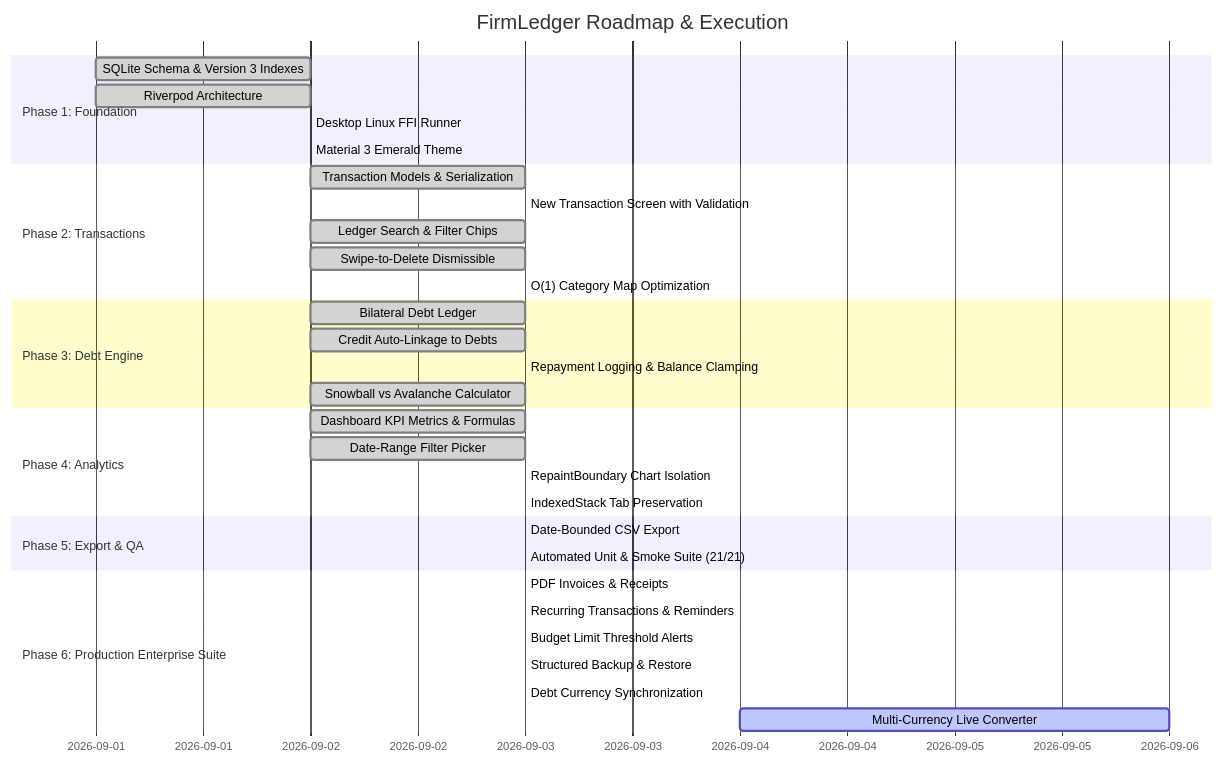
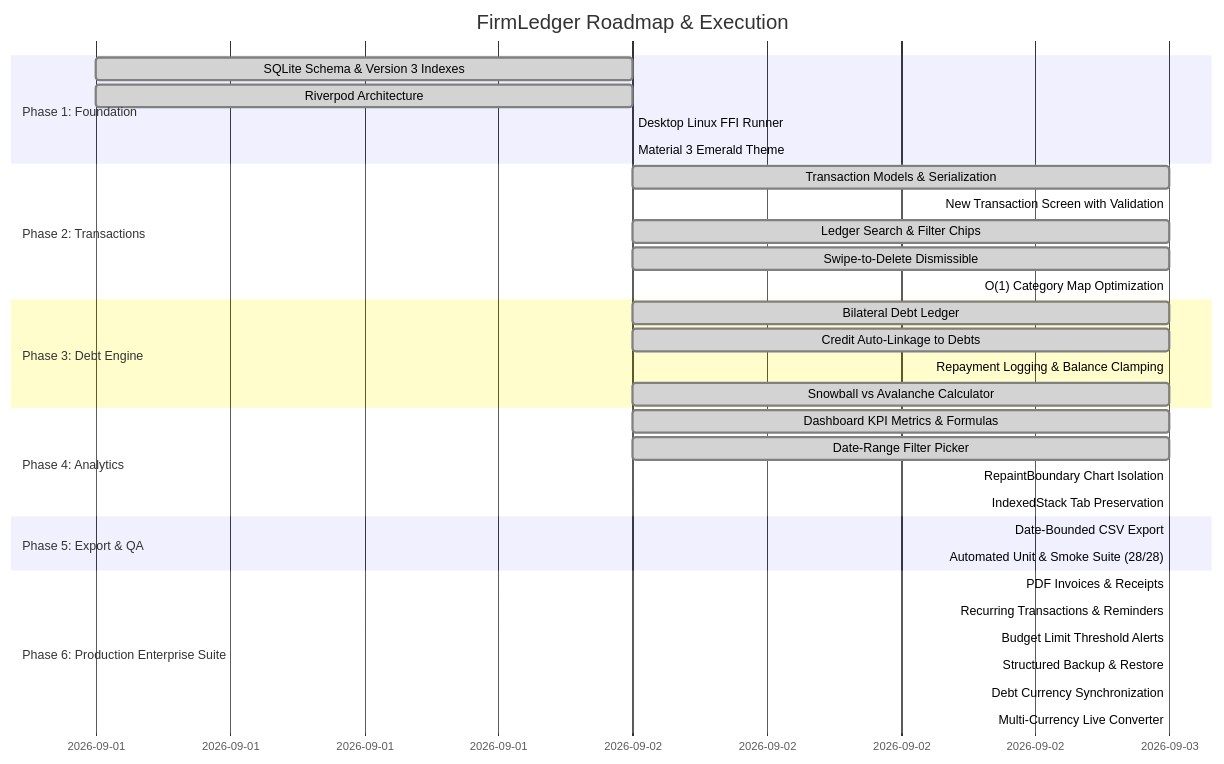
The diagram in .specify/tasks.md (wilamtoner/FirmLeager), drawn with Mermaid before and after one commit. The commit also changed other lines of this file and 7 other files, not shown here.

Commit message:
feat(currency): implement TASK-605 Real-Time Multi-Currency Live Converter with open.er-api.com live rates, offline fallback, and modal UI

````diff
--- a/.specify/tasks.md
+++ b/.specify/tasks.md
@@ -11,36 +11,36 @@
 ```mermaid
 gantt
     title FirmLedger Roadmap & Execution
     dateFormat  YYYY-MM-DD
     section Phase 1: Foundation
     SQLite Schema & Version 3 Indexes       :done, p1_1, 2026-09-01, 2026-09-02
     Riverpod Architecture                   :done, p1_2, 2026-09-01, 2026-09-02
     Desktop Linux FFI Runner                :done, p1_3, 2026-09-02, 2026-09-02
     Material 3 Emerald Theme                :done, p1_4, 2026-09-02, 2026-09-02
     section Phase 2: Transactions
     Transaction Models & Serialization      :done, p2_1, 2026-09-02, 2026-09-03
     New Transaction Screen with Validation  :done, p2_2, 2026-09-03, 2026-09-03
     Ledger Search & Filter Chips            :done, p2_3, 2026-09-02, 2026-09-03
     Swipe-to-Delete Dismissible             :done, p2_4, 2026-09-02, 2026-09-03
     O(1) Category Map Optimization          :done, p2_5, 2026-09-03, 2026-09-03
     section Phase 3: Debt Engine
     Bilateral Debt Ledger                   :done, p3_1, 2026-09-02, 2026-09-03
     Credit Auto-Linkage to Debts            :done, p3_2, 2026-09-02, 2026-09-03
     Repayment Logging & Balance Clamping    :done, p3_3, 2026-09-03, 2026-09-03
     Snowball vs Avalanche Calculator        :done, p3_4, 2026-09-02, 2026-09-03
     section Phase 4: Analytics
     Dashboard KPI Metrics & Formulas        :done, p4_1, 2026-09-02, 2026-09-03
     Date-Range Filter Picker                :done, p4_2, 2026-09-02, 2026-09-03
     RepaintBoundary Chart Isolation         :done, p4_3, 2026-09-03, 2026-09-03
     IndexedStack Tab Preservation           :done, p4_4, 2026-09-03, 2026-09-03
     section Phase 5: Export & QA
     Date-Bounded CSV Export                 :done, p5_1, 2026-09-03, 2026-09-03
-    Automated Unit & Smoke Suite (21/21)    :done, p5_2, 2026-09-03, 2026-09-03
+    Automated Unit & Smoke Suite (28/28)    :done, p5_2, 2026-09-03, 2026-09-03
     section Phase 6: Production Enterprise Suite
     PDF Invoices & Receipts                 :done, p6_1, 2026-09-03, 2026-09-03
     Recurring Transactions & Reminders      :done, p6_2, 2026-09-03, 2026-09-03
     Budget Limit Threshold Alerts           :done, p6_3, 2026-09-03, 2026-09-03
     Structured Backup & Restore             :done, p6_4, 2026-09-03, 2026-09-03
     Debt Currency Synchronization           :done, p6_5, 2026-09-03, 2026-09-03
-    Multi-Currency Live Converter           :active, p6_6, 2026-09-04, 2d
+    Multi-Currency Live Converter           :done, p6_6, 2026-09-03, 2026-09-03
 ```
````
